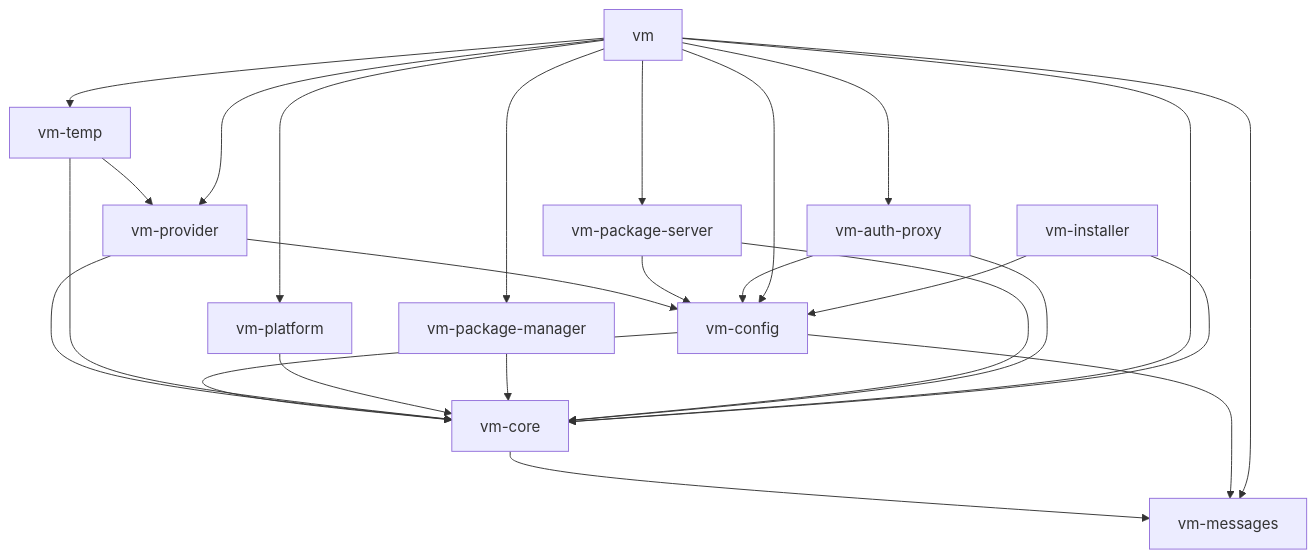
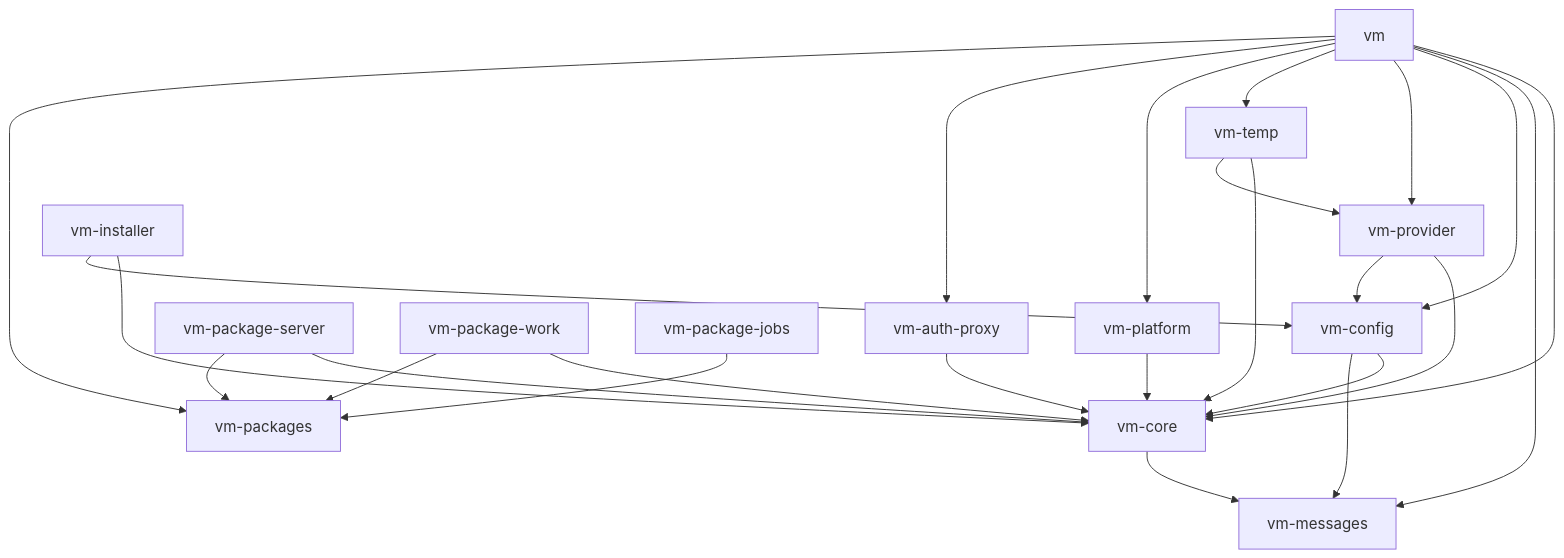
Before and after one commit to goobits/vm: the diagram in rust/ARCHITECTURE.md, drawn with Mermaid. The commit also changed other lines of this file and 24 other files, not shown here.

````diff
--- a/rust/ARCHITECTURE.md
+++ b/rust/ARCHITECTURE.md
@@ -186,39 +209,41 @@
 ```mermaid
 graph TD
     %% Foundation layer
     A[vm-core] --> B[vm-messages]
 
     %% Configuration layer
     C[vm-config] --> A
     C --> B
 
     %% Provider layer
     D[vm-provider] --> A
     D --> C
     E[vm-temp] --> A
     E --> D
 
     %% Utility layer
     F[vm-platform] --> A
-    G[vm-package-manager] --> A
+    Q[vm-packages]
 
     %% Service layer
     H[vm-package-server] --> A
-    H --> C
+    H --> Q
+    W[vm-package-work] --> A
+    W --> Q
+    J[vm-package-jobs] --> Q
     I[vm-auth-proxy] --> A
-    I --> C
+
     %% Application layer
     L[vm] --> A
     L --> B
     L --> C
     L --> D
     L --> E
     L --> F
-    L --> G
-    L --> H
     L --> I
+    L --> Q
 
     %% Installer
     M[vm-installer] --> A
     M --> C
 ```
````
